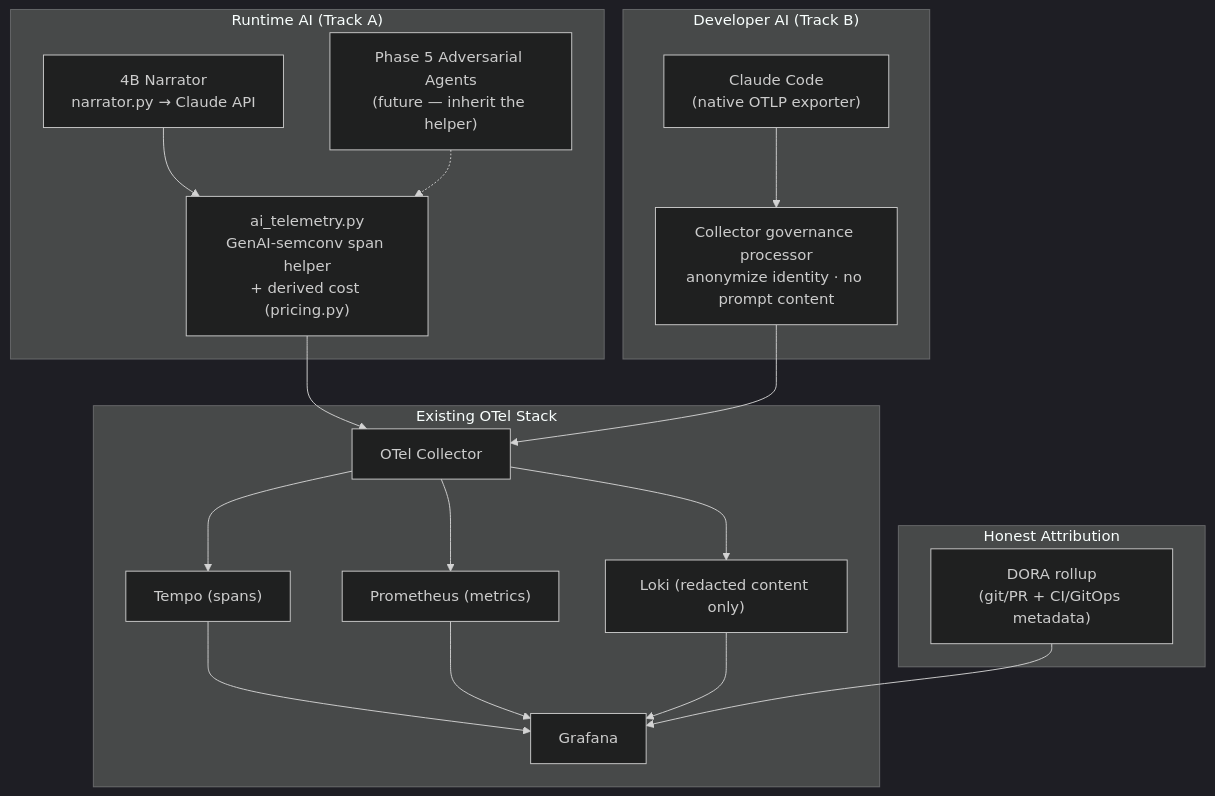
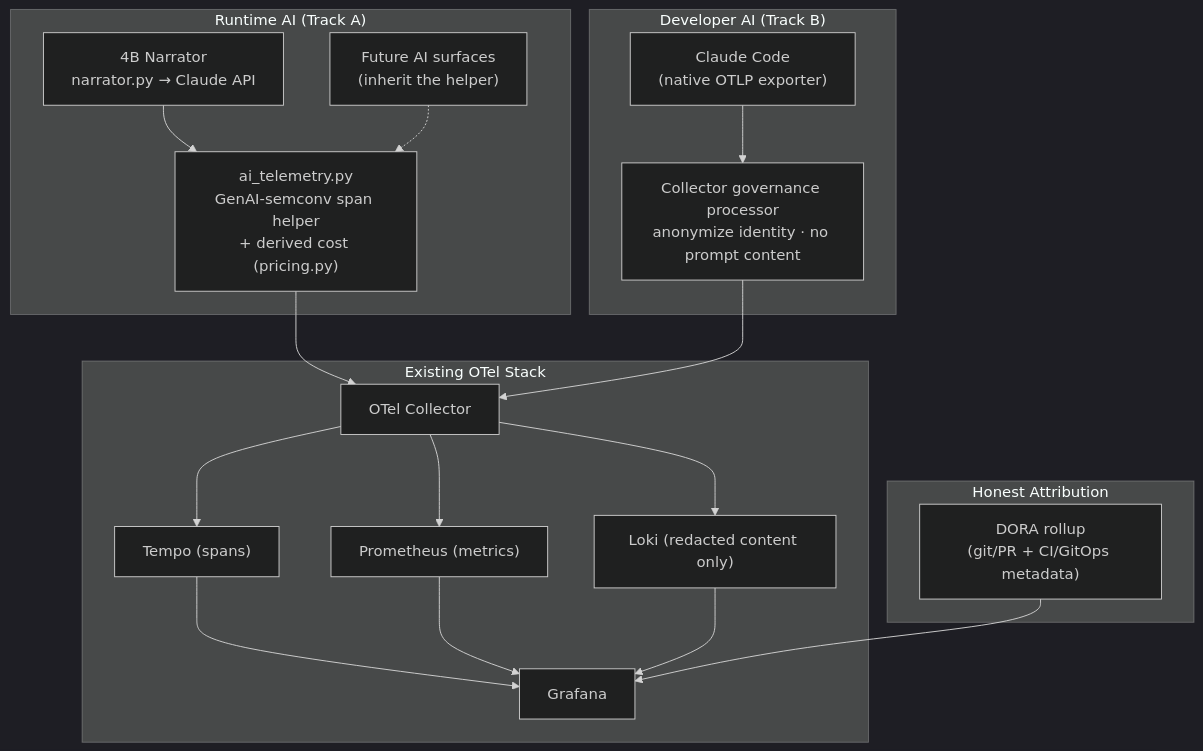
The diagram in docs/architecture/phase-7-ai-observability.md (kakhavai/foundry), drawn with Mermaid (dark theme) before and after one commit. The commit also changed other lines of this file and 7 other files, not shown here.

````diff
--- a/docs/architecture/phase-7-ai-observability.md
+++ b/docs/architecture/phase-7-ai-observability.md
@@ -28,38 +28,38 @@
 ```mermaid
 graph TD
     subgraph "Runtime AI (Track A)"
         Narrator["4B Narrator\nnarrator.py → Claude API"]
-        Agents["Phase 5 Adversarial Agents\n(future — inherit the helper)"]
+        Agents["Future AI surfaces\n(inherit the helper)"]
         Helper["ai_telemetry.py\nGenAI-semconv span helper\n+ derived cost (pricing.py)"]
         Narrator --> Helper
         Agents -.-> Helper
     end
 
     subgraph "Developer AI (Track B)"
         CC["Claude Code\n(native OTLP exporter)"]
         Gov["Collector governance processor\nanonymize identity · no prompt content"]
         CC --> Gov
     end
 
     subgraph "Existing OTel Stack"
         Col["OTel Collector"]
         Tempo["Tempo (spans)"]
         Prom["Prometheus (metrics)"]
         Loki["Loki (redacted content only)"]
         Grafana["Grafana"]
     end
 
     Helper --> Col
     Gov --> Col
     Col --> Tempo
     Col --> Prom
     Col --> Loki
     Tempo --> Grafana
     Prom --> Grafana
     Loki --> Grafana
 
     subgraph "Honest Attribution"
         DORA["DORA rollup\n(git/PR + CI/GitOps metadata)"]
     end
     DORA --> Grafana
 ```
````
